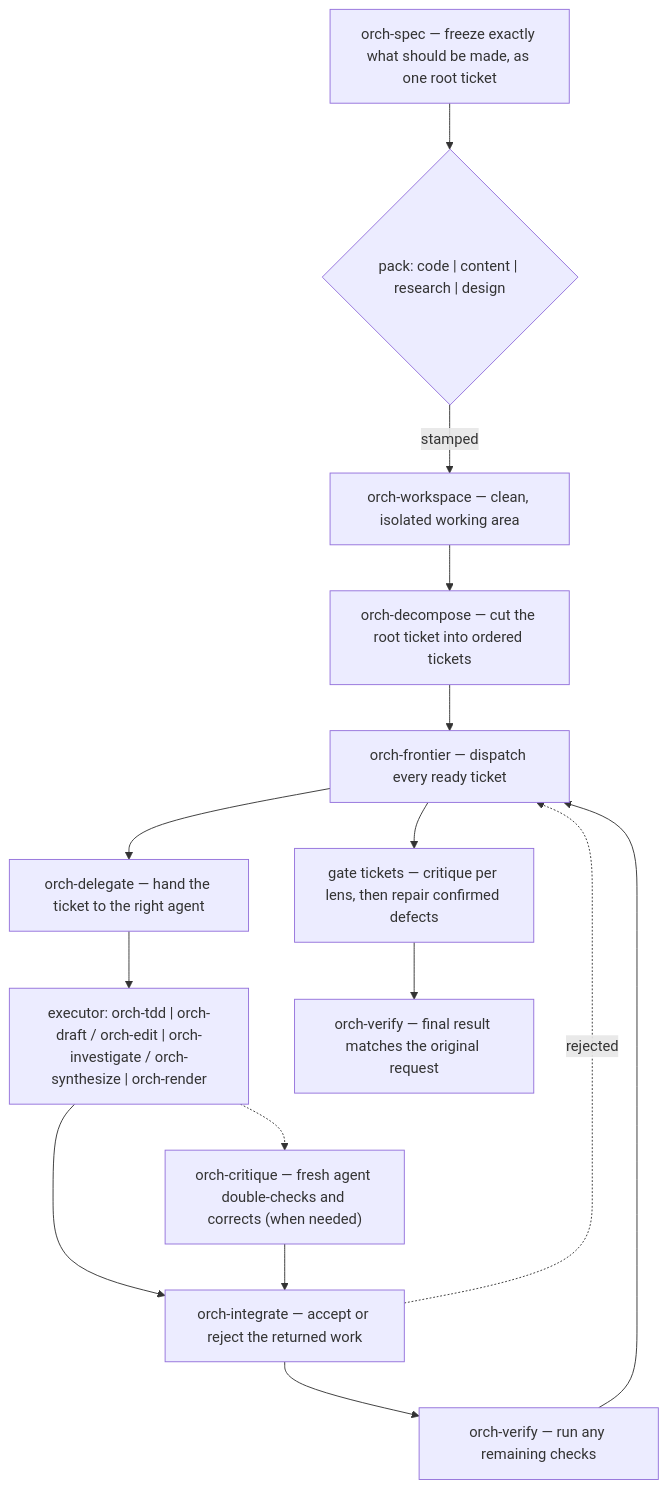
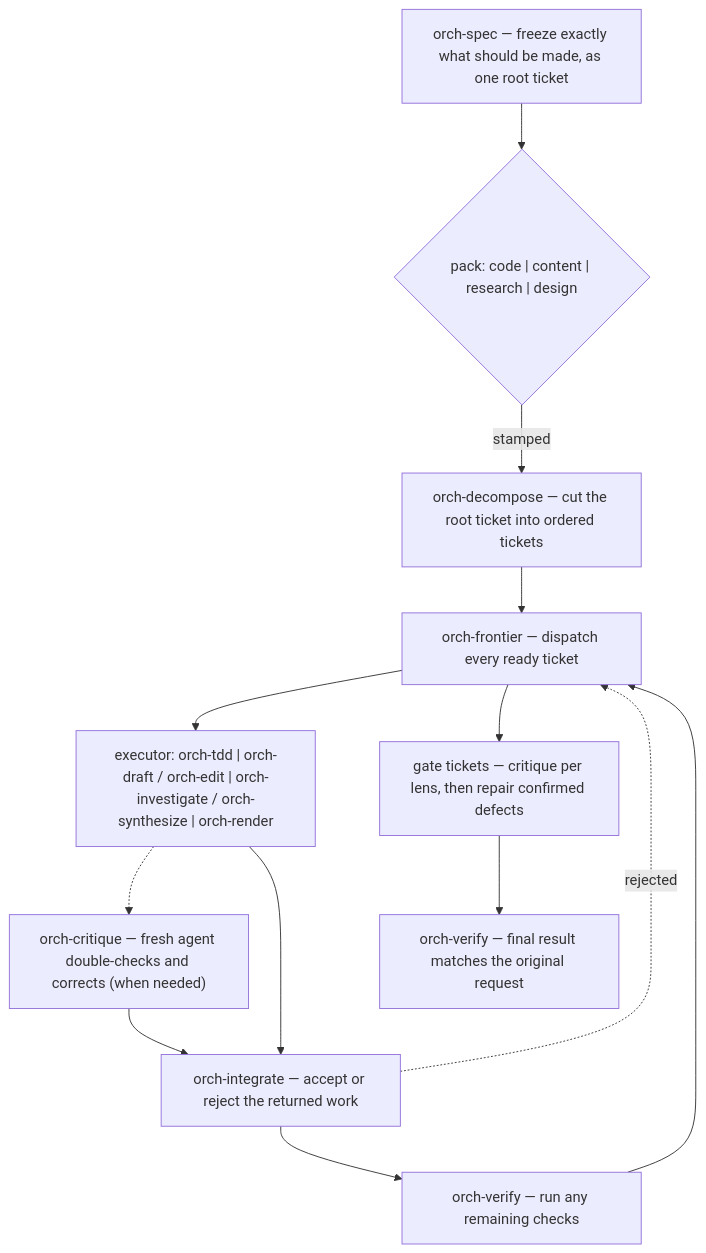
One commit to DanMcInerney/orchflows changed the diagram in README.md. Above: the diagram before and after it, drawn with Mermaid. The commit also changed other lines of this file and 15 other files, not shown here.

````diff
--- a/README.md
+++ b/README.md
@@ -135,17 +135,15 @@
 ```mermaid
 flowchart TD
     spec["orch-spec — freeze exactly what should be made, as one root ticket"] --> pack{"pack: code | content | research | design"}
-    pack -->|stamped| ws["orch-workspace — clean, isolated working area"]
-    ws --> dec["orch-decompose — cut the root ticket into ordered tickets"]
+    pack -->|stamped| dec["orch-decompose — cut the root ticket into ordered tickets"]
     dec --> frontier["orch-frontier — dispatch every ready ticket"]
-    frontier --> del["orch-delegate — hand the ticket to the right agent"]
-    del --> exec["executor: orch-tdd | orch-draft / orch-edit | orch-investigate / orch-synthesize | orch-render"]
+    frontier --> exec["executor: orch-tdd | orch-draft / orch-edit | orch-investigate / orch-synthesize | orch-render"]
     exec -.-> chk["orch-critique — fresh agent double-checks and corrects (when needed)"]
     exec --> integ["orch-integrate — accept or reject the returned work"]
     chk --> integ
     integ -.->|rejected| frontier
     integ --> ver1["orch-verify — run any remaining checks"]
     ver1 --> frontier
     frontier --> gate["gate tickets — critique per lens, then repair confirmed defects"]
     gate --> final["orch-verify — final result matches the original request"]
 ```
````
